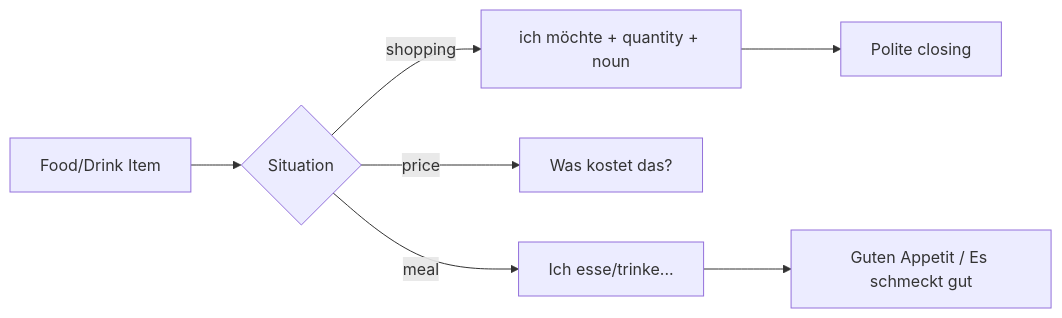
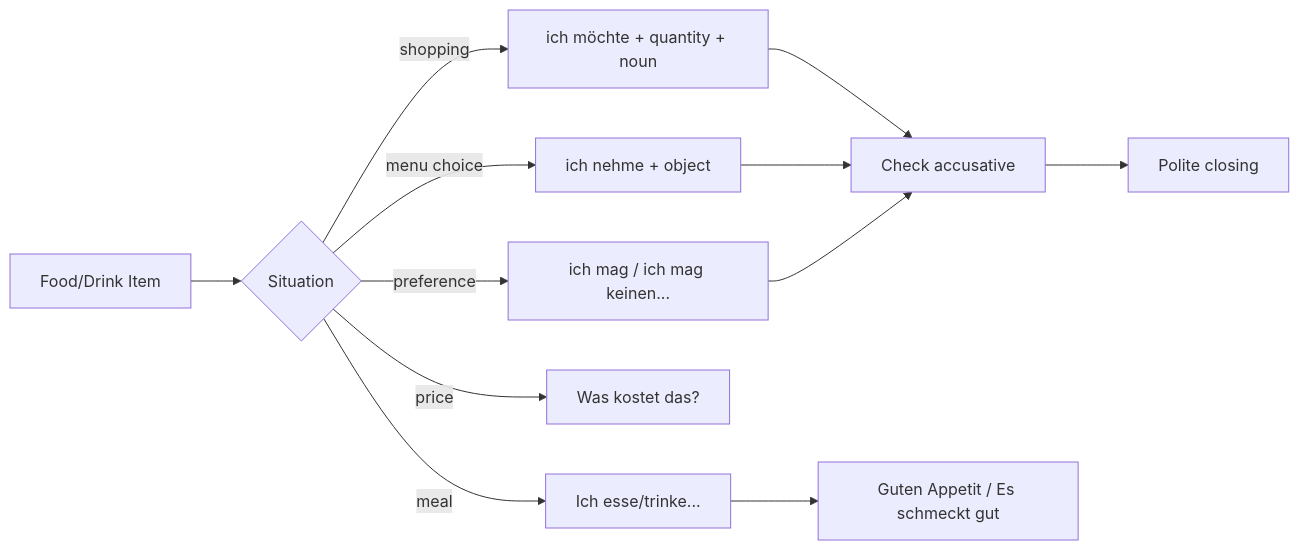
The diagram in german-a1-1/wiki/lektion-04-food-drink-shopping-and-meals/CONTEXT.md (aerkn1/TUM-semester-2), drawn with Mermaid before and after one commit. The commit also changed other lines of this file and 57 other files, not shown here.

````diff
--- a/german-a1-1/wiki/lektion-04-food-drink-shopping-and-meals/CONTEXT.md
+++ b/german-a1-1/wiki/lektion-04-food-drink-shopping-and-meals/CONTEXT.md
@@ -61,9 +74,14 @@
 ```mermaid
 flowchart LR
     A[Food/Drink Item] --> B{Situation}
     B -->|shopping| C[ich möchte + quantity + noun]
-    B -->|price| D[Was kostet das?]
-    B -->|meal| E[Ich esse/trinke...]
-    C --> F[Polite closing]
-    E --> G[Guten Appetit / Es schmeckt gut]
+    B -->|menu choice| D[ich nehme + object]
+    B -->|preference| E[ich mag / ich mag keinen...]
+    B -->|price| F[Was kostet das?]
+    B -->|meal| G[Ich esse/trinke...]
+    C --> H[Check accusative]
+    D --> H
+    E --> H
+    H --> I[Polite closing]
+    G --> J[Guten Appetit / Es schmeckt gut]
 ```
````
